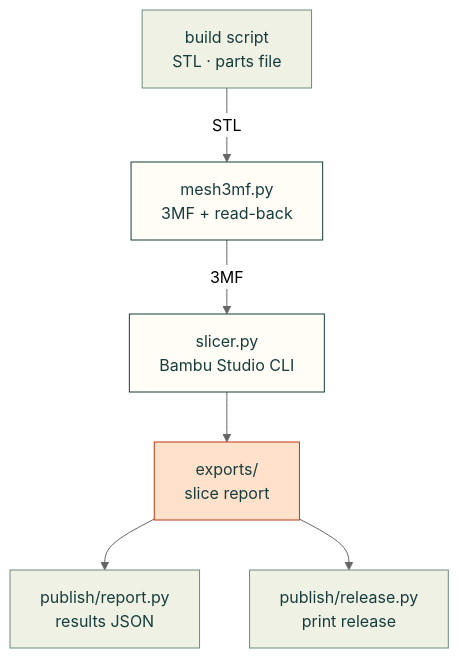
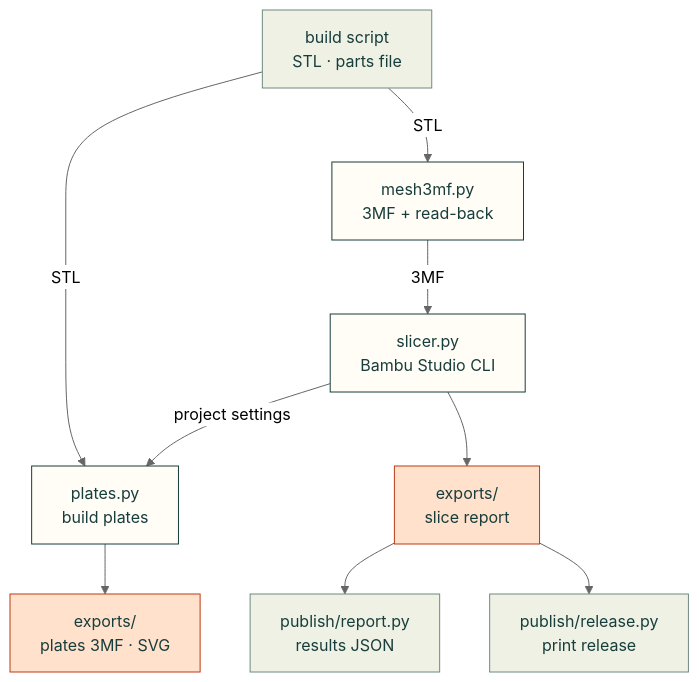
Before and after one commit to Valpatel/cad-agent: the diagram in src/cadagent/manufacturing/README.md, drawn with Mermaid (neutral theme). The commit also changed other lines of this file and 4 other files, not shown here.

Commit message:
docs: build plates in the toolkit, the manufacturing map and the changelog (#84)

````diff
--- a/src/cadagent/manufacturing/README.md
+++ b/src/cadagent/manufacturing/README.md
@@ -10,14 +11,17 @@
 ```mermaid
 flowchart TD
     B["build script<br/>STL · parts file"] -->|"STL"| M3["mesh3mf.py<br/>3MF + read-back"]
     M3 -->|"3MF"| SL["slicer.py<br/>Bambu Studio CLI"]
+    B -->|"STL"| PL["plates.py<br/>build plates"]
+    SL -->|"project settings"| PL
+    PL --> PF["exports/<br/>plates 3MF · SVG"]
     SL --> SR["exports/<br/>slice report"]
     SR --> R["publish/report.py<br/>results JSON"]
     SR --> REL["publish/release.py<br/>print release"]
     classDef here fill:#fffdf5,stroke:#173d3c,color:#173d3c
     classDef near fill:#eef1e4,stroke:#6f8a80,color:#173d3c
     classDef out fill:#ffe1cc,stroke:#bd3a12,color:#173d3c
-    class M3,SL here
+    class M3,SL,PL here
     class B,R,REL near
-    class SR out
+    class SR,PF out
 ```
````
